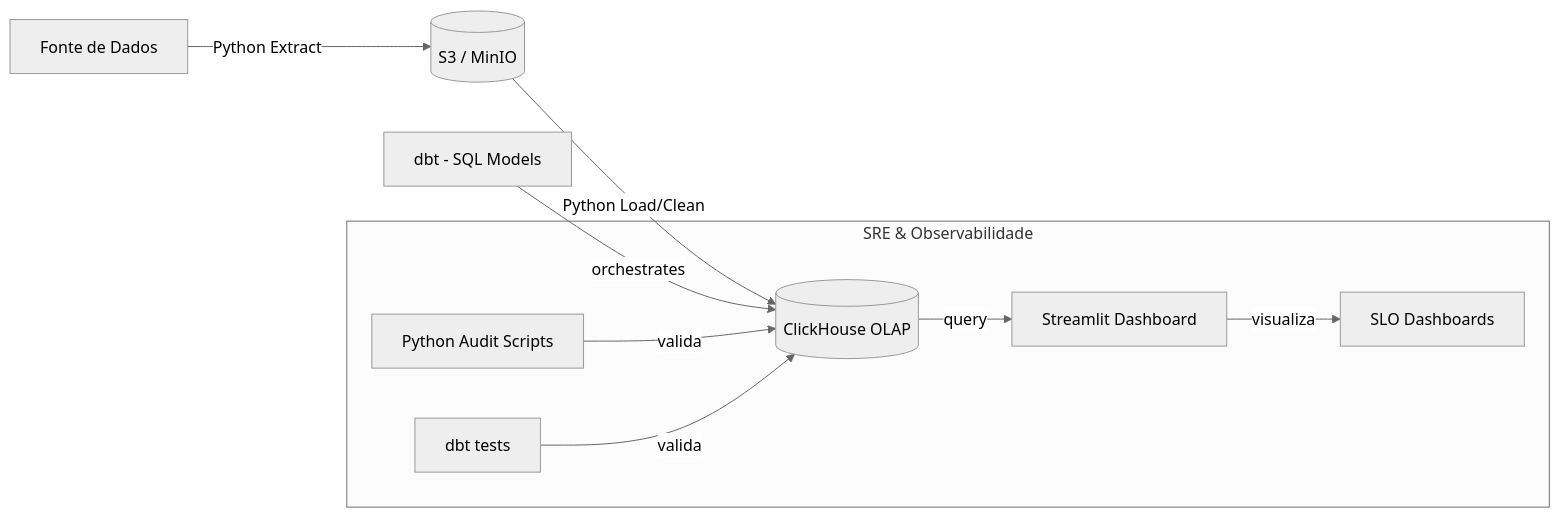
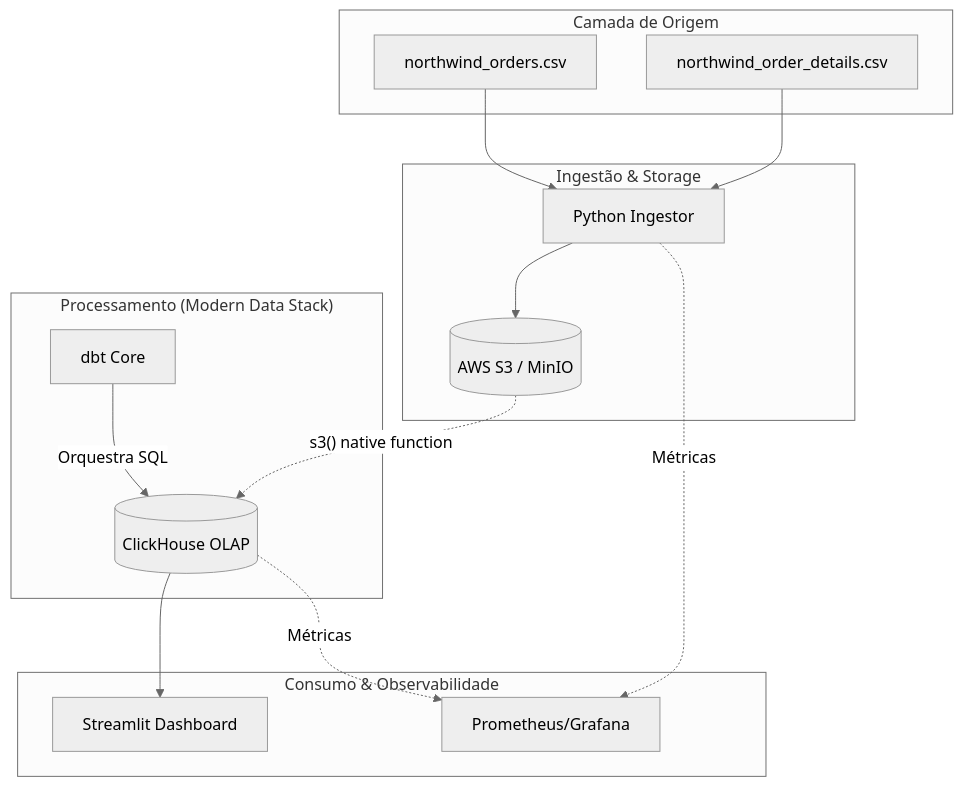
Before and after one commit to pygaudiello/20261sre-projeto-final: the first of 3 diagrams in documents/08_system_design.md, drawn with Mermaid (neutral theme). The commit also changed other lines of this file and 7 other files, not shown here.

First line of the commit message:
feat: Implement comprehensive BI analytics and architectural tactics

````diff
--- a/documents/08_system_design.md
+++ b/documents/08_system_design.md
@@ -23,13 +23,29 @@
 ```mermaid
-graph LR
-    SRC[Fonte de Dados] -- Python Extract --> SUB_S3[("S3 / MinIO")]
-    SUB_S3 -- Python Load/Clean --> CH[(ClickHouse OLAP)]
-    DBT[dbt - SQL Models] -- "orchestrates" --> CH
-    CH -- query --> ST[Streamlit Dashboard]
-    
-    subgraph SRE & Observabilidade
-        PY_AUD[Python Audit Scripts] -- valida --> CH
-        DBT_T[dbt tests] -- valida --> CH
-        ST -- visualiza --> SLO[SLO Dashboards]
+graph TD
+    subgraph "Camada de Origem"
+        CSV1[northwind_orders.csv]
+        CSV2[northwind_order_details.csv]
     end
+
+    subgraph "Ingestão & Storage"
+        PY_INGEST[Python Ingestor]
+        S3[("AWS S3 / MinIO")]
+    end
+
+    subgraph "Processamento (Modern Data Stack)"
+        CH[(ClickHouse OLAP)]
+        DBT[dbt Core]
+    end
+
+    subgraph "Consumo & Observabilidade"
+        ST[Streamlit Dashboard]
+        PROM[Prometheus/Grafana]
+    end
+
+    CSV1 & CSV2 --> PY_INGEST
+    PY_INGEST --> S3
+    S3 -. "s3() native function" .-> CH
+    DBT -- "Orquestra SQL" --> CH
+    CH --> ST
+    CH & PY_INGEST -. "Métricas" .-> PROM
 ```
````
